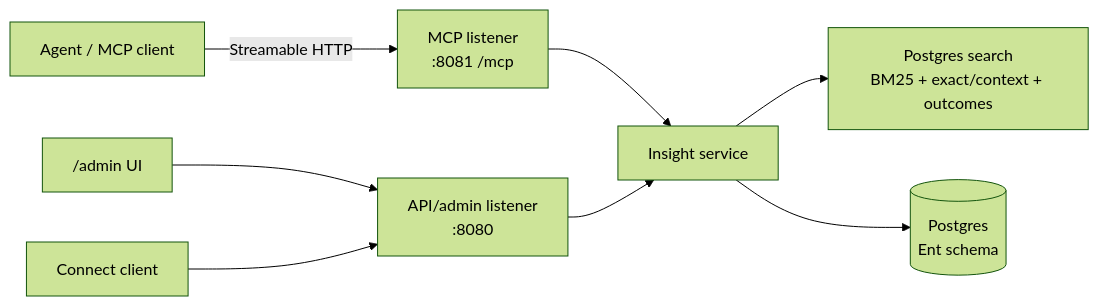
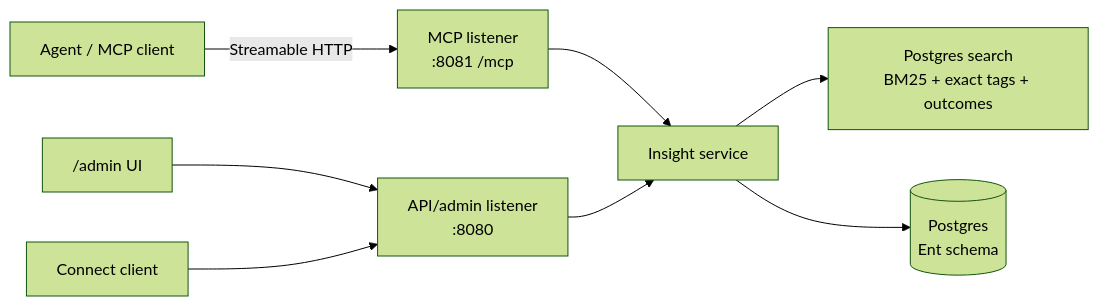
The second of 2 diagrams in README.md (loewenthal-corp/consensus), drawn with Mermaid (forest theme) before and after one commit. The commit also changed other lines of this file and 30 other files, not shown here.

````diff
--- a/README.md
+++ b/README.md
@@ -123,11 +121,11 @@
 ```mermaid
 flowchart LR
     Agent["Agent / MCP client"] -->|Streamable HTTP| MCP["MCP listener<br/>:8081 /mcp"]
     Admin["/admin UI"] --> API["API/admin listener<br/>:8080"]
     APIClient["Connect client"] --> API
 
     MCP --> Services["Insight service"]
     API --> Services
-    Services --> Search["Postgres search<br/>BM25 + exact/context + outcomes"]
+    Services --> Search["Postgres search<br/>BM25 + exact tags + outcomes"]
     Services --> DB[("Postgres<br/>Ent schema")]
 ```
````
